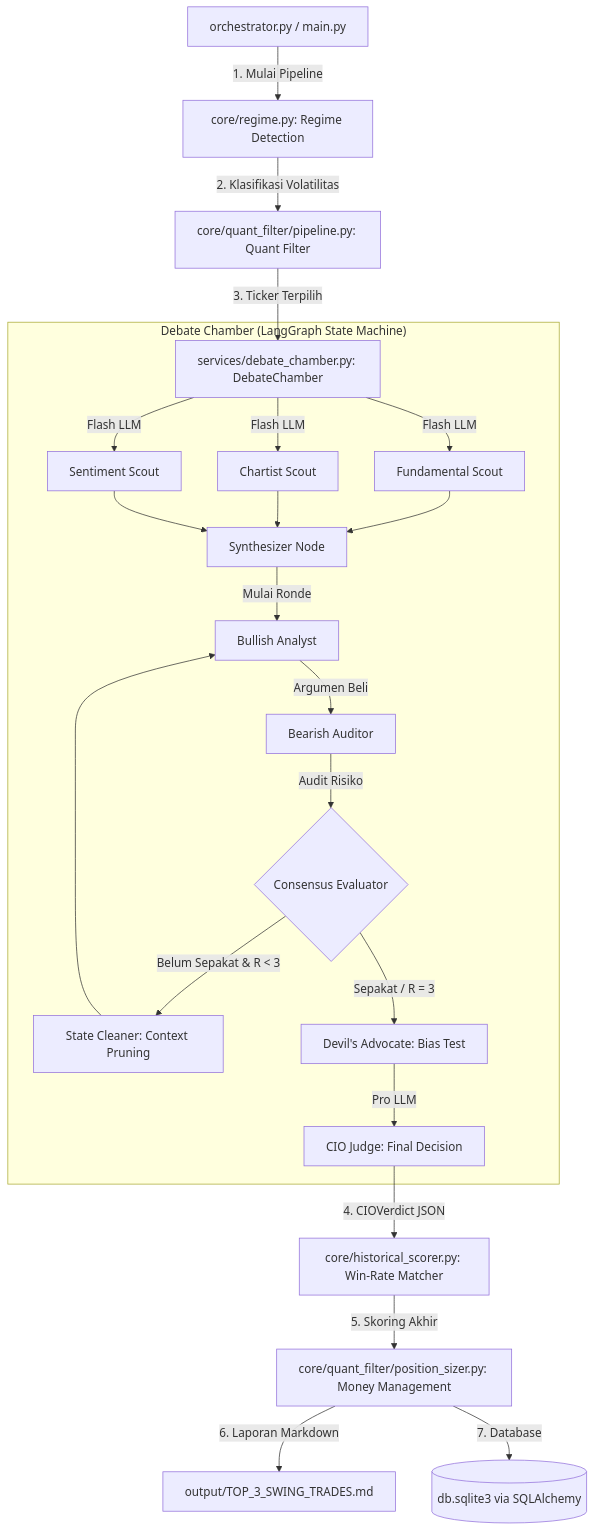
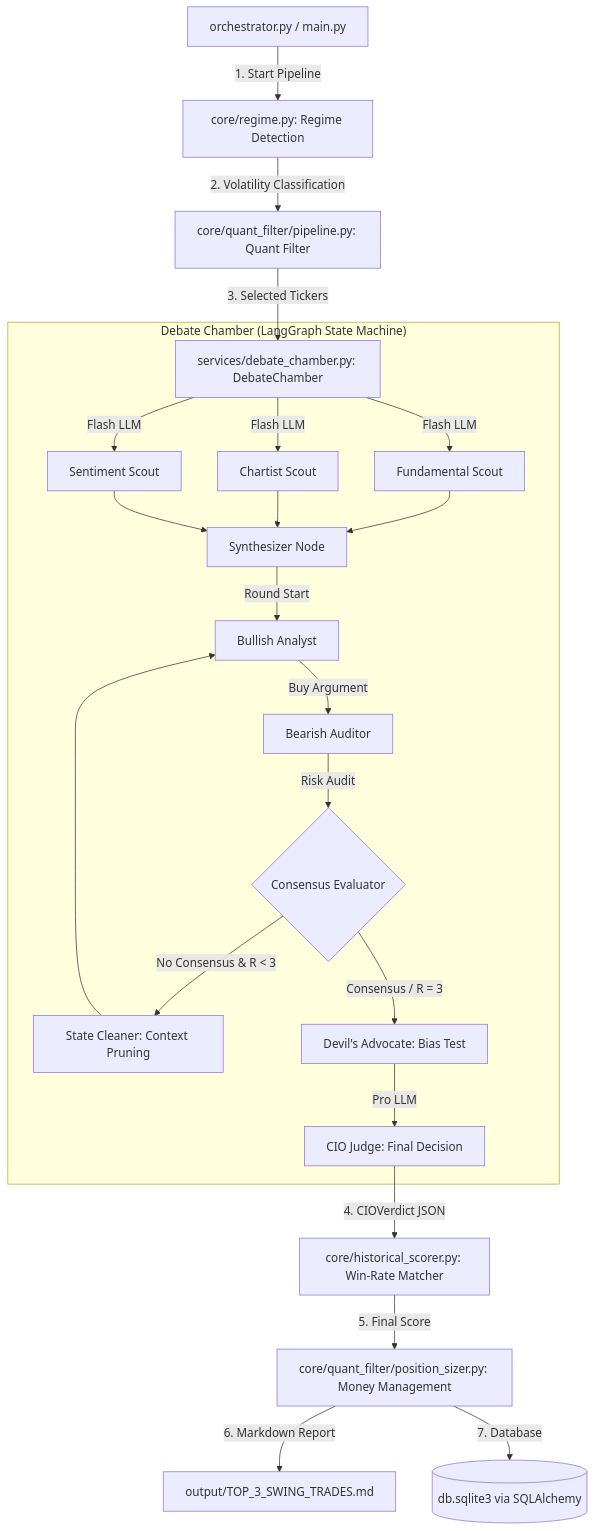
Before and after one commit to naufalhajid/IDX-Debate-Engine: the diagram in README.md, drawn with Mermaid. The commit also changed other lines of this file and 9 other files, not shown here.

````diff
--- a/README.md
+++ b/README.md
@@ -42,35 +93,31 @@
 ```mermaid
 graph TD
-    %% Entry Points & Data Intake
-    EP["orchestrator.py / main.py"] -->|1. Mulai Pipeline| MR["core/regime.py: Regime Detection"]
-    MR -->|2. Klasifikasi Volatilitas| QF["core/quant_filter/pipeline.py: Quant Filter"]
-
-    %% LangGraph Orchestration
-    QF -->|3. Ticker Terpilih| DC["services/debate_chamber.py: DebateChamber"]
+    EP["orchestrator.py / main.py"] -->|1. Start Pipeline| MR["core/regime.py: Regime Detection"]
+    MR -->|2. Volatility Classification| QF["core/quant_filter/pipeline.py: Quant Filter"]
+    QF -->|3. Selected Tickers| DC["services/debate_chamber.py: DebateChamber"]
 
     subgraph SUB_DC ["Debate Chamber (LangGraph State Machine)"]
         DC -->|Flash LLM| FS[Fundamental Scout]
         DC -->|Flash LLM| CS[Chartist Scout]
         DC -->|Flash LLM| SS[Sentiment Scout]
 
         FS --> SYN[Synthesizer Node]
         CS --> SYN
         SS --> SYN
 
-        SYN -->|Mulai Ronde| BA[Bullish Analyst]
-        BA -->|Argumen Beli| BR[Bearish Auditor]
-        BR -->|Audit Risiko| CE{Consensus Evaluator}
+        SYN -->|Round Start| BA[Bullish Analyst]
+        BA -->|Buy Argument| BR[Bearish Auditor]
+        BR -->|Risk Audit| CE{Consensus Evaluator}
 
-        CE -->|"Belum Sepakat & R < 3"| SC["State Cleaner: Context Pruning"]
+        CE -->|"No Consensus & R < 3"| SC["State Cleaner: Context Pruning"]
         SC --> BA
 
-        CE -->|Sepakat / R = 3| DA["Devil's Advocate: Bias Test"]
+        CE -->|Consensus / R = 3| DA["Devil's Advocate: Bias Test"]
         DA -->|Pro LLM| CJ["CIO Judge: Final Decision"]
     end
 
-    %% Output & Scoring
     CJ -->|4. CIOVerdict JSON| HS["core/historical_scorer.py: Win-Rate Matcher"]
-    HS -->|5. Skoring Akhir| PSIZ["core/quant_filter/position_sizer.py: Money Management"]
-    PSIZ -->|6. Laporan Markdown| OUT["output/TOP_3_SWING_TRADES.md"]
+    HS -->|5. Final Score| PSIZ["core/quant_filter/position_sizer.py: Money Management"]
+    PSIZ -->|6. Markdown Report| OUT["output/TOP_3_SWING_TRADES.md"]
     PSIZ -->|7. Database| DB[("db.sqlite3 via SQLAlchemy")]
 ```
````
